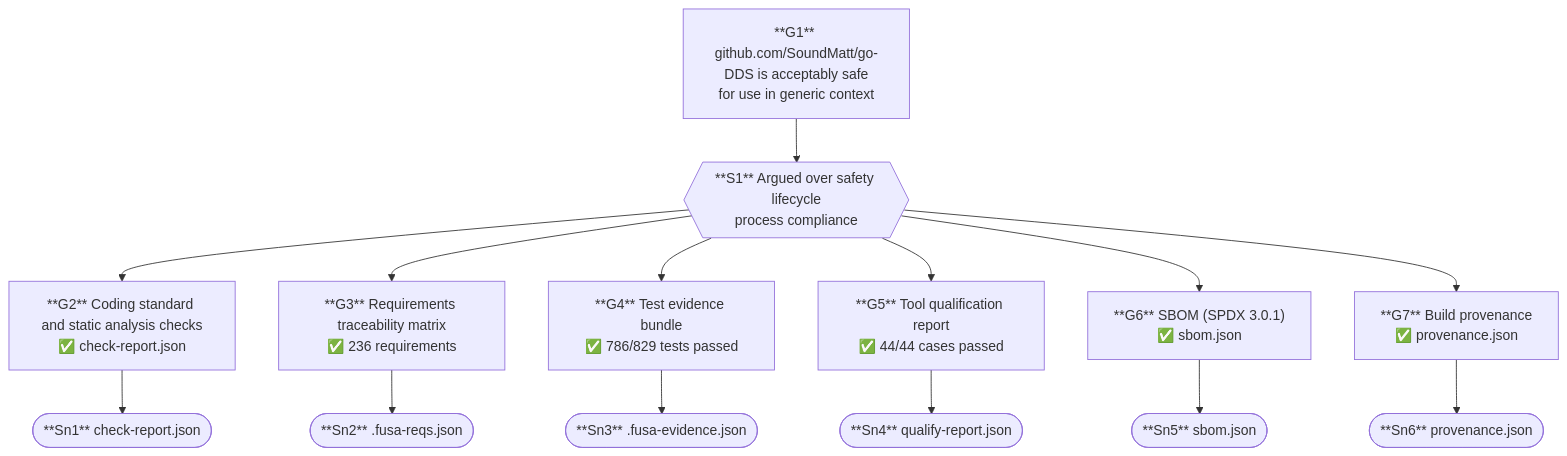
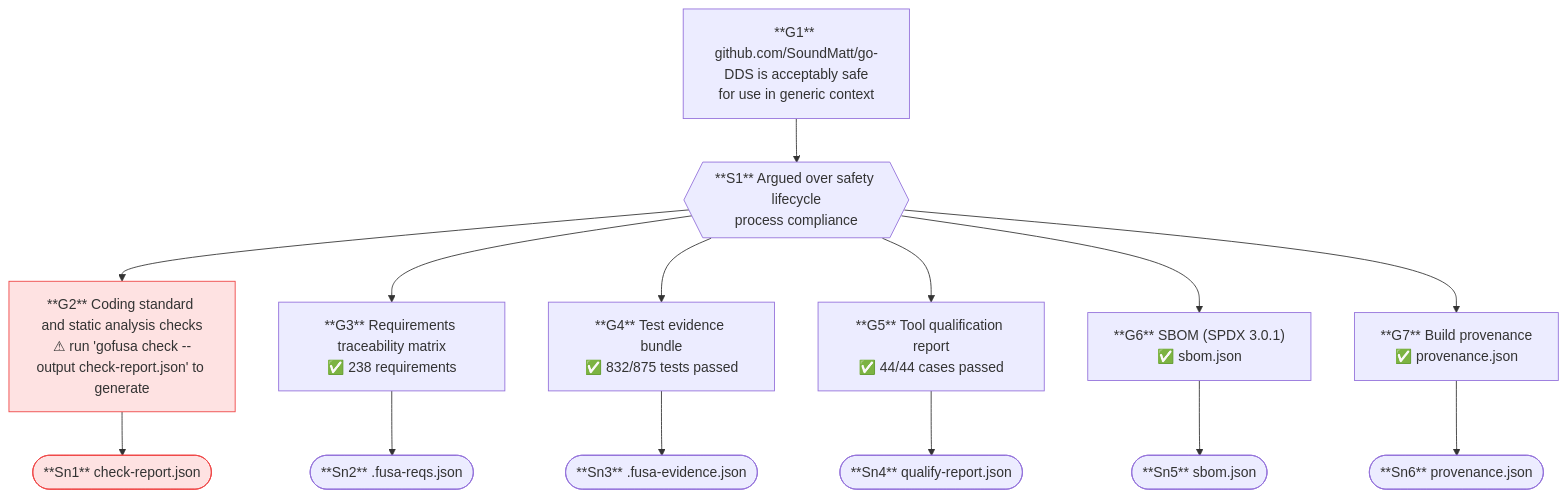
One commit to SoundMatt/go-DDS changed the diagram in safety-case.mermaid. Above: the diagram before and after it, drawn with Mermaid. The commit also changed 11 other files, not shown here.

```diff
--- a/safety-case.mermaid
+++ b/safety-case.mermaid
@@ -1,28 +1,30 @@
 flowchart TD
     G1["**G1** github.com/SoundMatt/go-DDS is acceptably safe\nfor use in generic context"]
     S1{{"**S1** Argued over safety lifecycle\nprocess compliance"}}
-    G2["**G2** Coding standard and static analysis checks\n✅ check-report.json"]
+    G2["**G2** Coding standard and static analysis checks\n⚠ run 'gofusa check --output check-report.json' to generate"]
     Sn1(["**Sn1** check-report.json"])
-    G3["**G3** Requirements traceability matrix\n✅ 236 requirements"]
+    G3["**G3** Requirements traceability matrix\n✅ 238 requirements"]
     Sn2(["**Sn2** .fusa-reqs.json"])
-    G4["**G4** Test evidence bundle\n✅ 786/829 tests passed"]
+    G4["**G4** Test evidence bundle\n✅ 832/875 tests passed"]
     Sn3(["**Sn3** .fusa-evidence.json"])
     G5["**G5** Tool qualification report\n✅ 44/44 cases passed"]
     Sn4(["**Sn4** qualify-report.json"])
     G6["**G6** SBOM (SPDX 3.0.1)\n✅ sbom.json"]
     Sn5(["**Sn5** sbom.json"])
     G7["**G7** Build provenance\n✅ provenance.json"]
     Sn6(["**Sn6** provenance.json"])
     G1 --> S1
     S1 --> G2
     S1 --> G3
     S1 --> G4
     S1 --> G5
     S1 --> G6
     S1 --> G7
     G2 --> Sn1
     G3 --> Sn2
     G4 --> Sn3
     G5 --> Sn4
     G6 --> Sn5
     G7 --> Sn6
+    style G2 fill:#fee2e2,stroke:#ef4444
+    style Sn1 fill:#fee2e2,stroke:#ef4444
```
